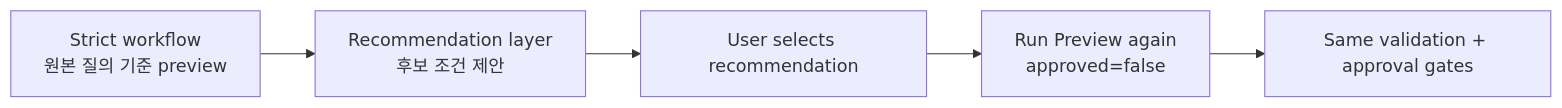
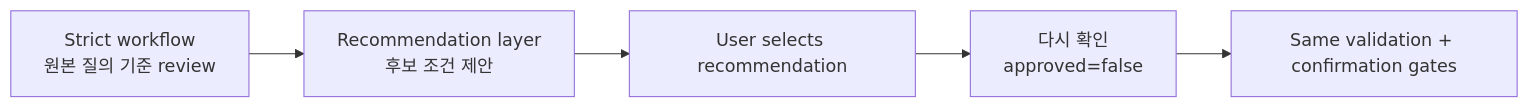
One commit to HRDI0/TextToSQL_by_localLLM changed diagram 11 of 12 in docs/public/project_structure_and_prompt_design_ko.md. Above: the diagram before and after it, drawn with Mermaid. The commit also changed other lines of this file and 25 other files, not shown here.

````diff
--- a/docs/public/project_structure_and_prompt_design_ko.md
+++ b/docs/public/project_structure_and_prompt_design_ko.md
@@ -450,11 +462,11 @@
 ```mermaid
 flowchart LR
-    Strict["Strict workflow\n원본 질의 기준 preview"]
+    Strict["Strict workflow\n원본 질의 기준 review"]
     Rec["Recommendation layer\n후보 조건 제안"]
     User["User selects recommendation"]
-    Rerun["Run Preview again\napproved=false"]
-    Gate["Same validation + approval gates"]
+    Rerun["다시 확인\napproved=false"]
+    Gate["Same validation + confirmation gates"]
 
     Strict --> Rec
     Rec --> User --> Rerun --> Gate
 ```
````
